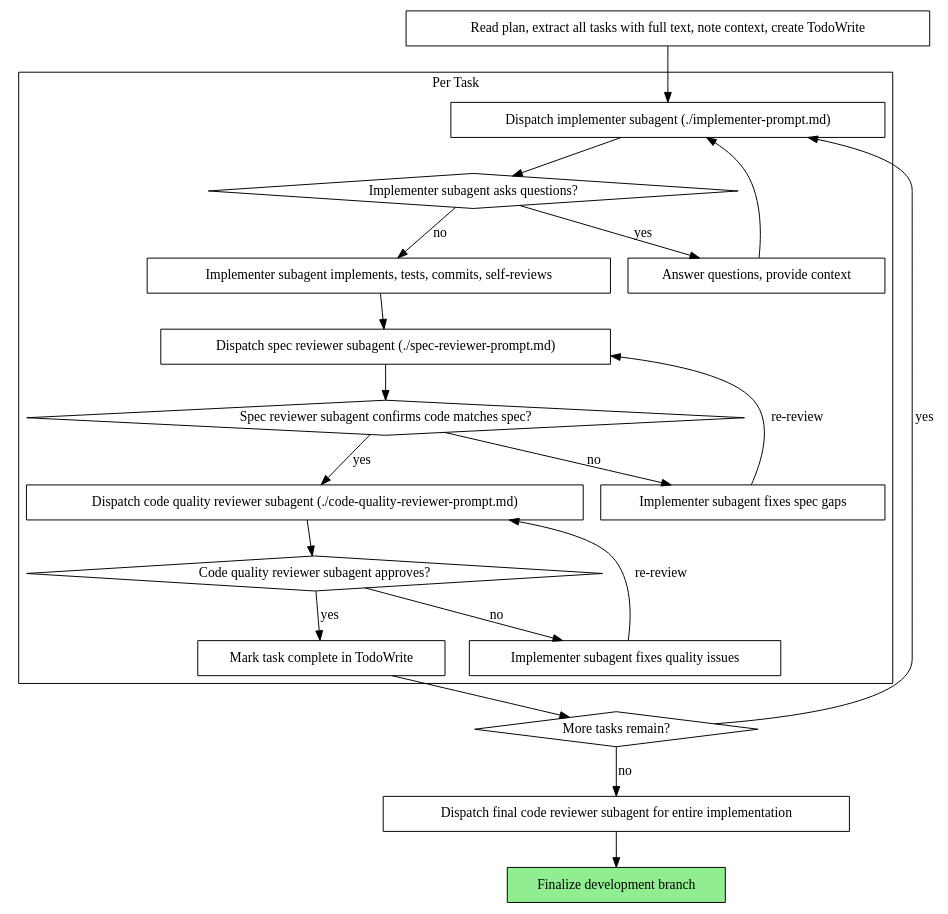
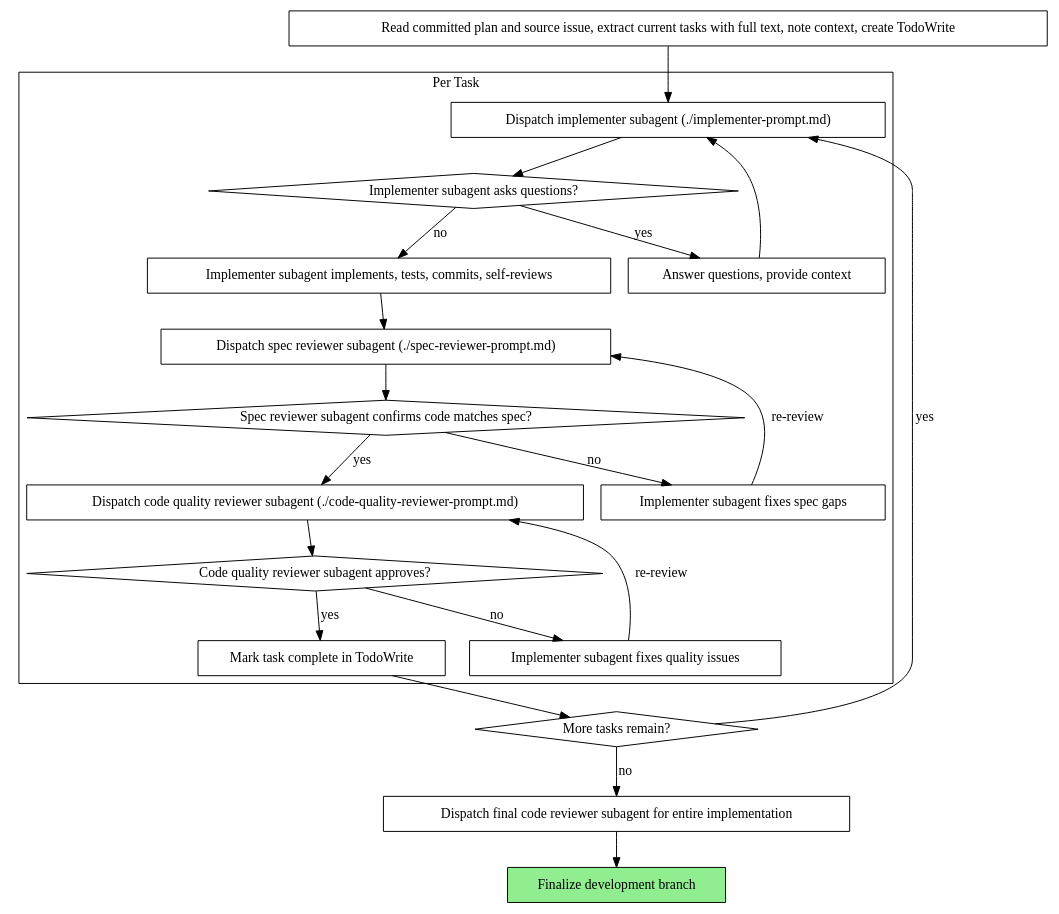
The second of 2 diagrams in skills/engineering/subagent-driven-development/SKILL.md (hungphongtrn/agent-skills), drawn with Graphviz before and after one commit. The commit also changed other lines of this file and 18 other files, not shown here.

````diff
--- a/skills/engineering/subagent-driven-development/SKILL.md
+++ b/skills/engineering/subagent-driven-development/SKILL.md
@@ -42,44 +43,44 @@
 ```dot
 digraph process {
     rankdir=TB;
 
     subgraph cluster_per_task {
         label="Per Task";
         "Dispatch implementer subagent (./implementer-prompt.md)" [shape=box];
         "Implementer subagent asks questions?" [shape=diamond];
         "Answer questions, provide context" [shape=box];
         "Implementer subagent implements, tests, commits, self-reviews" [shape=box];
         "Dispatch spec reviewer subagent (./spec-reviewer-prompt.md)" [shape=box];
         "Spec reviewer subagent confirms code matches spec?" [shape=diamond];
         "Implementer subagent fixes spec gaps" [shape=box];
         "Dispatch code quality reviewer subagent (./code-quality-reviewer-prompt.md)" [shape=box];
         "Code quality reviewer subagent approves?" [shape=diamond];
         "Implementer subagent fixes quality issues" [shape=box];
         "Mark task complete in TodoWrite" [shape=box];
     }
 
-    "Read plan, extract all tasks with full text, note context, create TodoWrite" [shape=box];
+    "Read committed plan and source issue, extract current tasks with full text, note context, create TodoWrite" [shape=box];
     "More tasks remain?" [shape=diamond];
     "Dispatch final code reviewer subagent for entire implementation" [shape=box];
     "Finalize development branch" [shape=box style=filled fillcolor=lightgreen];
 
-    "Read plan, extract all tasks with full text, note context, create TodoWrite" -> "Dispatch implementer subagent (./implementer-prompt.md)";
+    "Read committed plan and source issue, extract current tasks with full text, note context, create TodoWrite" -> "Dispatch implementer subagent (./implementer-prompt.md)";
     "Dispatch implementer subagent (./implementer-prompt.md)" -> "Implementer subagent asks questions?";
     "Implementer subagent asks questions?" -> "Answer questions, provide context" [label="yes"];
     "Answer questions, provide context" -> "Dispatch implementer subagent (./implementer-prompt.md)";
     "Implementer subagent asks questions?" -> "Implementer subagent implements, tests, commits, self-reviews" [label="no"];
     "Implementer subagent implements, tests, commits, self-reviews" -> "Dispatch spec reviewer subagent (./spec-reviewer-prompt.md)";
     "Dispatch spec reviewer subagent (./spec-reviewer-prompt.md)" -> "Spec reviewer subagent confirms code matches spec?";
     "Spec reviewer subagent confirms code matches spec?" -> "Implementer subagent fixes spec gaps" [label="no"];
     "Implementer subagent fixes spec gaps" -> "Dispatch spec reviewer subagent (./spec-reviewer-prompt.md)" [label="re-review"];
     "Spec reviewer subagent confirms code matches spec?" -> "Dispatch code quality reviewer subagent (./code-quality-reviewer-prompt.md)" [label="yes"];
     "Dispatch code quality reviewer subagent (./code-quality-reviewer-prompt.md)" -> "Code quality reviewer subagent approves?";
     "Code quality reviewer subagent approves?" -> "Implementer subagent fixes quality issues" [label="no"];
     "Implementer subagent fixes quality issues" -> "Dispatch code quality reviewer subagent (./code-quality-reviewer-prompt.md)" [label="re-review"];
     "Code quality reviewer subagent approves?" -> "Mark task complete in TodoWrite" [label="yes"];
     "Mark task complete in TodoWrite" -> "More tasks remain?";
     "More tasks remain?" -> "Dispatch implementer subagent (./implementer-prompt.md)" [label="yes"];
     "More tasks remain?" -> "Dispatch final code reviewer subagent for entire implementation" [label="no"];
     "Dispatch final code reviewer subagent for entire implementation" -> "Finalize development branch";
 }
 ```
````
